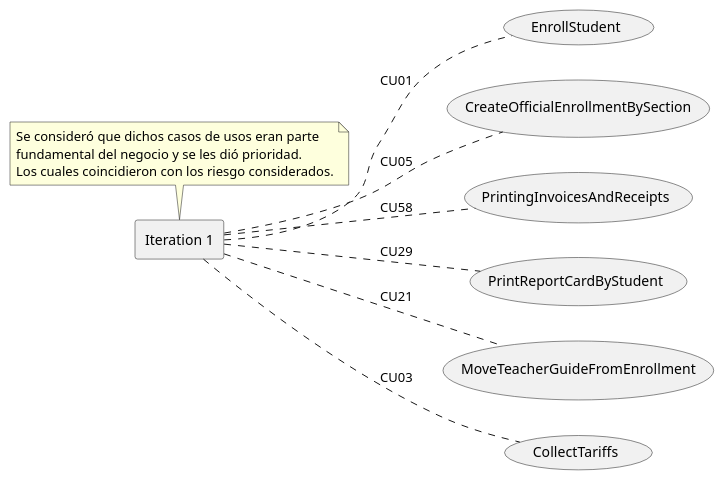
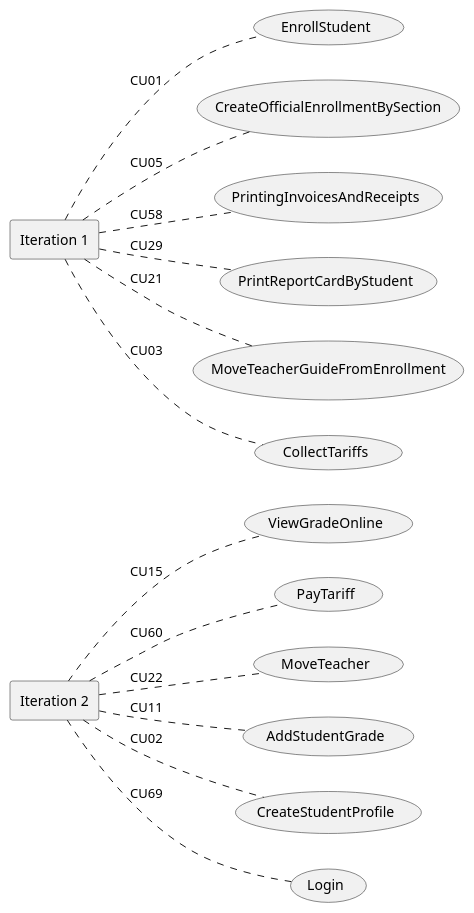
The diagram in UseCaseView/Prioritization.puml (wsmcbl/wsmcbl.doc), drawn with PlantUML before and after one commit. The commit also changed 9 other files, not shown here.

```diff
--- a/UseCaseView/Prioritization.puml
+++ b/UseCaseView/Prioritization.puml
@@ -1,22 +1,39 @@
 @startuml
 'skinparam BackgroundColor transparent
 left to right direction
 
+rectangle "Iteration 2" as Iteration2
+
+usecase CU15 as "ViewGradeOnline"
+usecase CU60 as "PayTariff"
+usecase CU22 as "MoveTeacher"
+usecase CU11 as "AddStudentGrade"
+usecase CU02 as "CreateStudentProfile"
+usecase CU69 as "Login"
+
+Iteration2 .. CU15 : CU15
+Iteration2 .. CU60 : CU60
+Iteration2 .. CU22 : CU22
+Iteration2 .. CU11 : CU11
+Iteration2 .. CU02 : CU02
+Iteration2 .. CU69 : CU69
+
+
+
 rectangle "Iteration 1" as Iteration1
-
-note top of Iteration1: Se consideró que dichos casos de usos eran parte\nfundamental del negocio y se les dió prioridad.\nLos cuales coincidieron con los riesgo considerados.
 
 usecase CU01 as "EnrollStudent"
 usecase CU05 as "CreateOfficialEnrollmentBySection"
 usecase CU58 as "PrintingInvoicesAndReceipts"
 usecase CU29 as "PrintReportCardByStudent"
 usecase CU21 as "MoveTeacherGuideFromEnrollment"
 usecase CU03 as "CollectTariffs"
 
 Iteration1 .. CU01 : CU01
 Iteration1 .. CU05 : CU05
 Iteration1 .. CU58 : CU58
 Iteration1 .. CU29 : CU29
 Iteration1 .. CU21 : CU21
 Iteration1 .. CU03 : CU03
+
 @enduml
```
